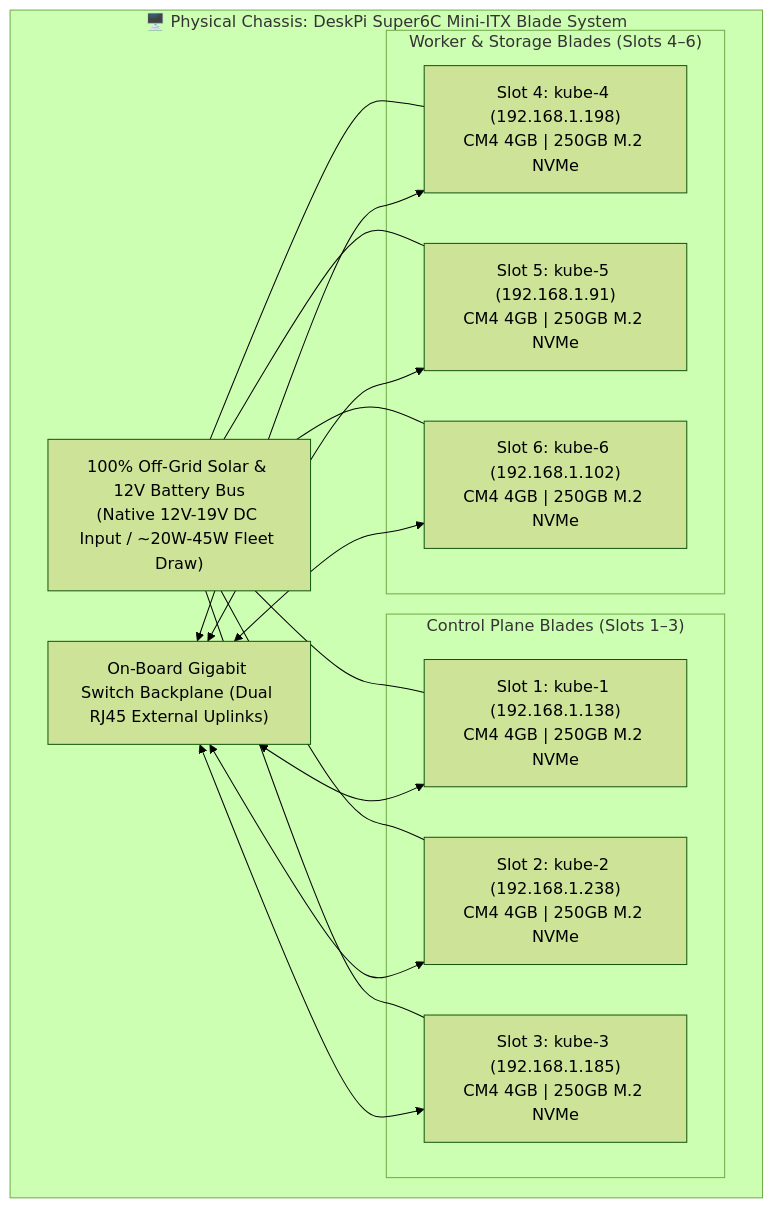
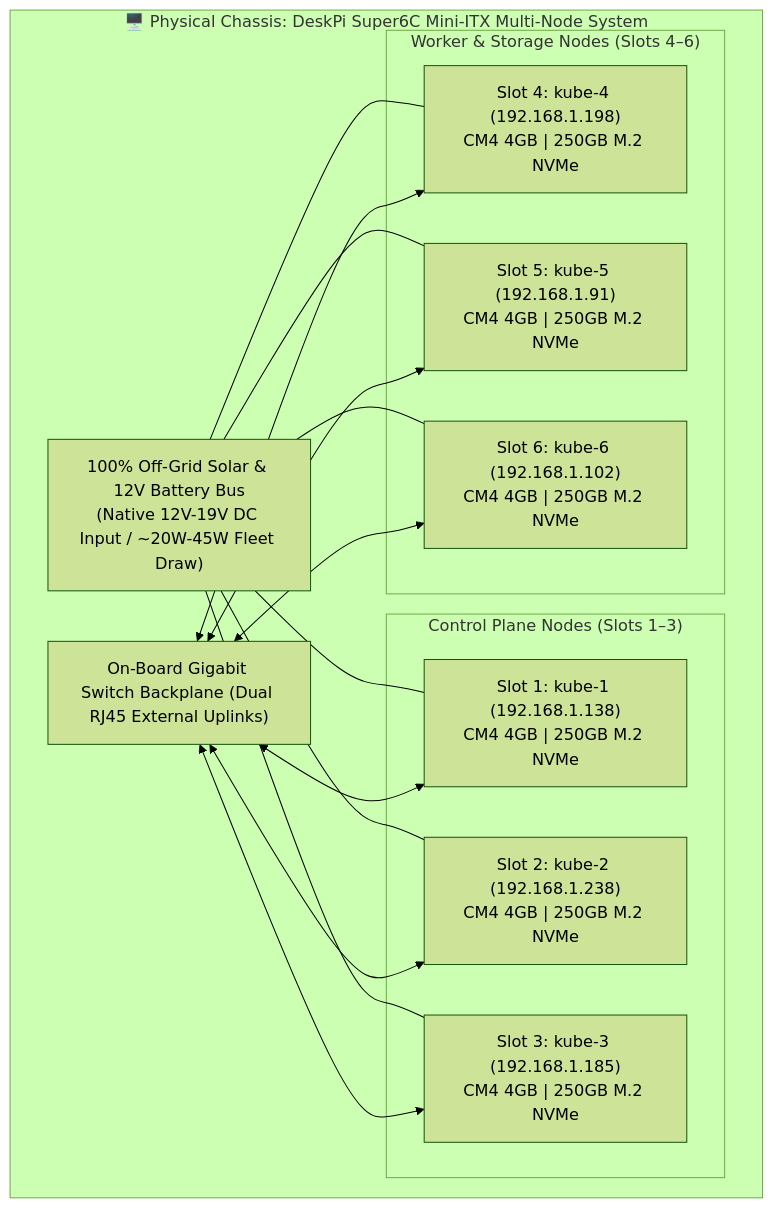
The first of 5 diagrams in docs/SDD.md (paulkanz/super6c-k3s-ha), drawn with Mermaid (forest theme) before and after one commit. The commit also changed other lines of this file and 13 other files, not shown here.

Commit message:
docs: standardize terminology from blade to compute module/node across architecture and diagrams

````diff
--- a/docs/SDD.md
+++ b/docs/SDD.md
@@ -48,22 +48,22 @@
 ```mermaid
 graph TD
-    subgraph CHASSIS ["🖥️ Physical Chassis: DeskPi Super6C Mini-ITX Blade System"]
+    subgraph CHASSIS ["🖥️ Physical Chassis: DeskPi Super6C Mini-ITX Multi-Node System"]
         PSU["100% Off-Grid Solar & 12V Battery Bus<br/>(Native 12V-19V DC Input / ~20W-45W Fleet Draw)"]
         SWITCH["On-Board Gigabit Switch Backplane (Dual RJ45 External Uplinks)"]
         
-        subgraph CP_BLADES ["Control Plane Blades (Slots 1–3)"]
+        subgraph CP_NODES ["Control Plane Nodes (Slots 1–3)"]
             B1["Slot 1: kube-1 (192.168.1.138)<br/>CM4 4GB | 250GB M.2 NVMe"]
             B2["Slot 2: kube-2 (192.168.1.238)<br/>CM4 4GB | 250GB M.2 NVMe"]
             B3["Slot 3: kube-3 (192.168.1.185)<br/>CM4 4GB | 250GB M.2 NVMe"]
         end
 
-        subgraph WORKER_BLADES ["Worker & Storage Blades (Slots 4–6)"]
+        subgraph WORKER_NODES ["Worker & Storage Nodes (Slots 4–6)"]
             B4["Slot 4: kube-4 (192.168.1.198)<br/>CM4 4GB | 250GB M.2 NVMe"]
             B5["Slot 5: kube-5 (192.168.1.91)<br/>CM4 4GB | 250GB M.2 NVMe"]
             B6["Slot 6: kube-6 (192.168.1.102)<br/>CM4 4GB | 250GB M.2 NVMe"]
         end
     end
 
     PSU --- B1 & B2 & B3 & B4 & B5 & B6
     SWITCH <--> B1 & B2 & B3 & B4 & B5 & B6
 ```
````
